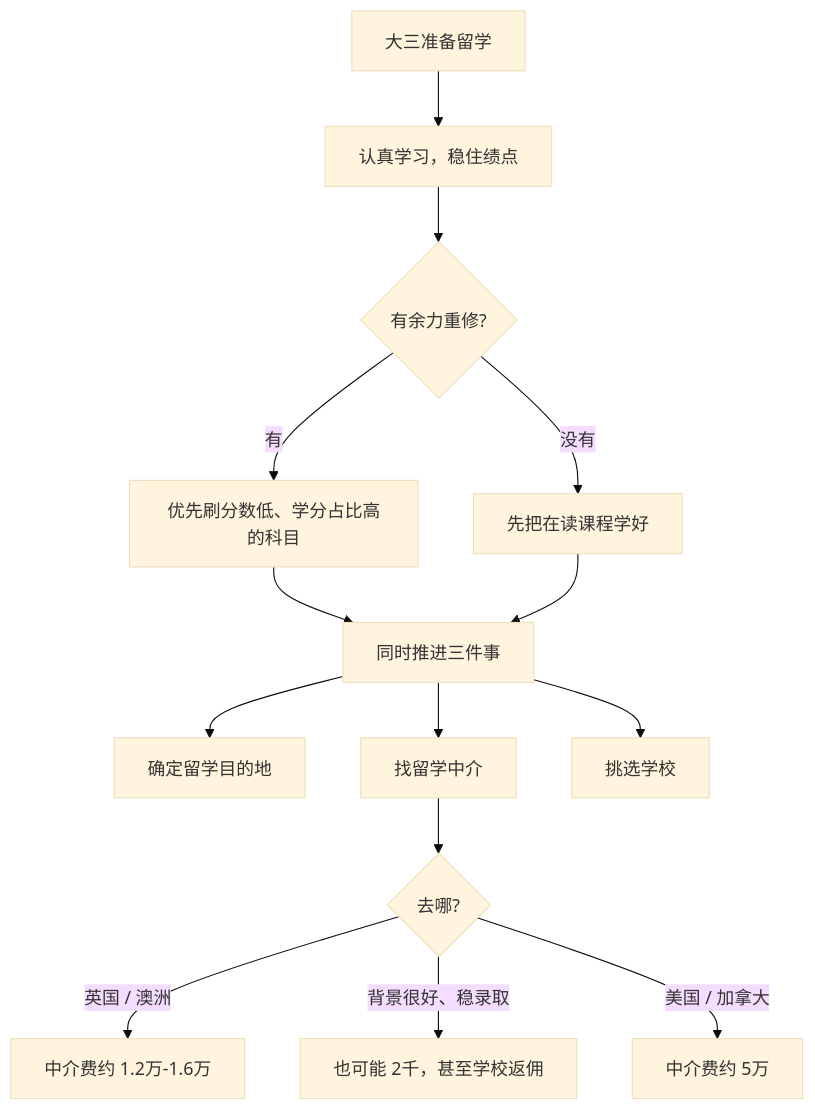
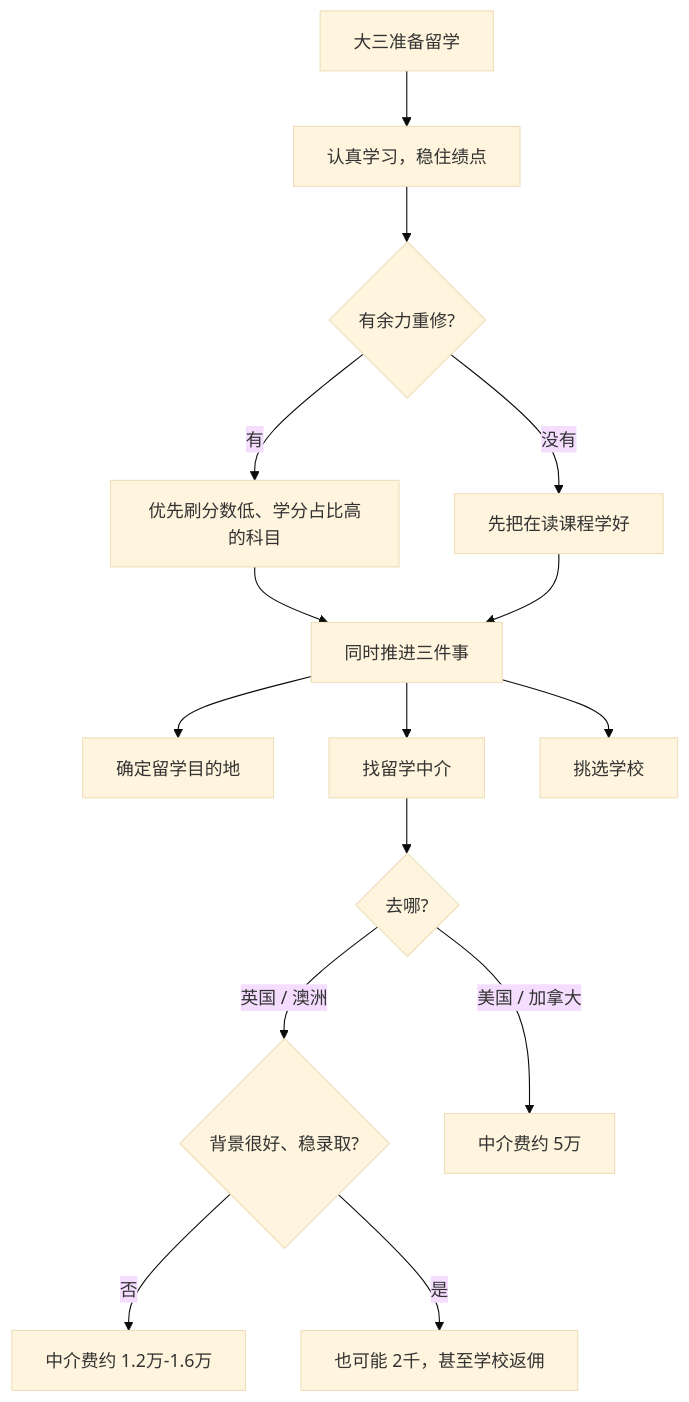
Before and after one commit to chillboy67/study-abroad-handbook: the third of 4 diagrams in docs/01-时间线与规划.md, drawn with Mermaid (base theme). The commit also changed other lines of this file, not shown here.

Commit message:
docs: 英澳中介费2千档归入英国/澳洲分支

````diff
--- a/docs/01-时间线与规划.md
+++ b/docs/01-时间线与规划.md
@@ -129,16 +128,17 @@
 ```mermaid
 flowchart TD
     A[大三准备留学] --> B[认真学习，稳住绩点]
     B --> C{有余力重修?}
     C -->|有| D[优先刷分数低、学分占比高的科目]
     C -->|没有| E[先把在读课程学好]
     D --> F[同时推进三件事]
     E --> F
     F --> G[确定留学目的地]
     F --> H[找留学中介]
     F --> I[挑选学校]
     H --> J{去哪?}
-    J -->|英国 / 澳洲| K[中介费约 1.2万-1.6万]
-    J -->|背景很好、稳录取| L[也可能 2千，甚至学校返佣]
-    J -->|美国 / 加拿大| M[中介费约 5万]
+    J -->|英国 / 澳洲| K{背景很好、稳录取?}
+    K -->|否| L[中介费约 1.2万-1.6万]
+    K -->|是| M[也可能 2千，甚至学校返佣]
+    J -->|美国 / 加拿大| N[中介费约 5万]
 ```
````
